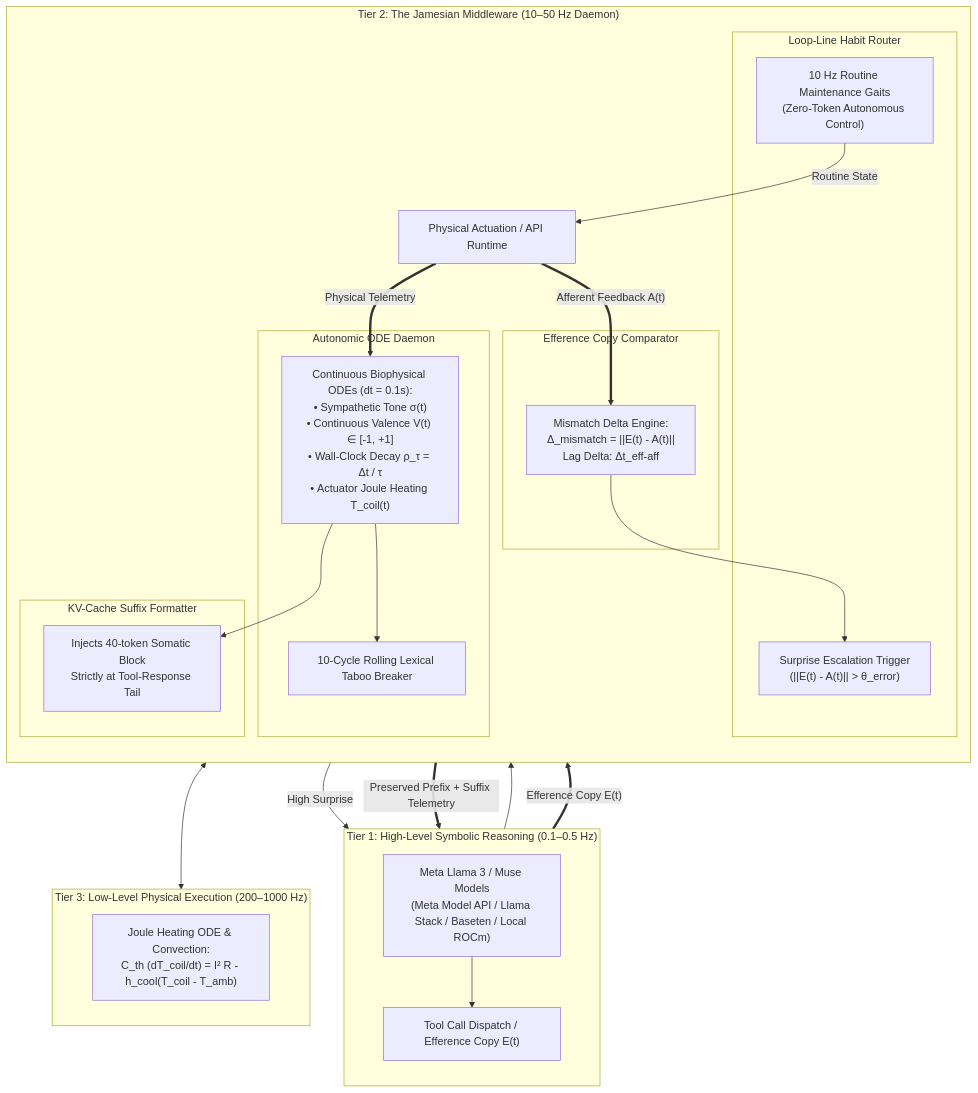
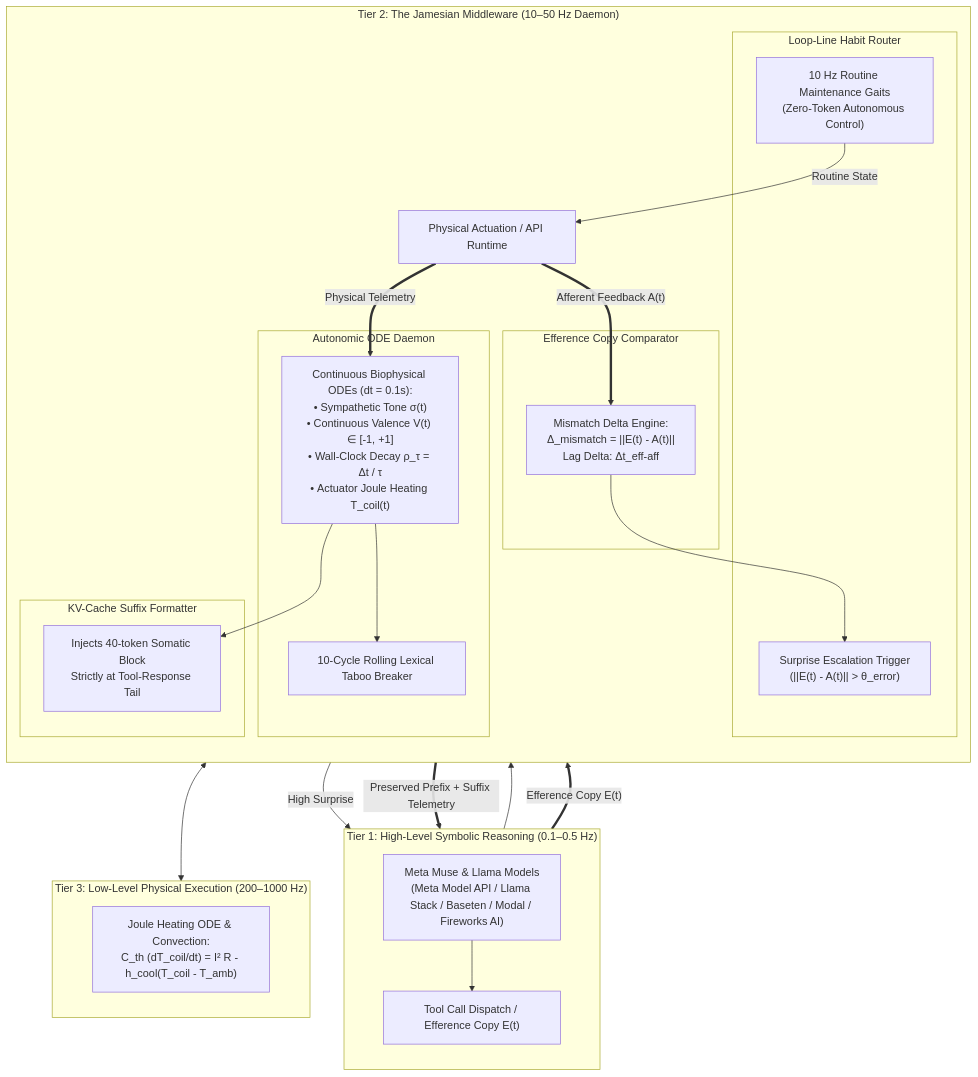
The diagram in README.md (ultraxav/jamesian-layer), drawn with Mermaid before and after one commit. The commit also changed other lines of this file and 2 other files, not shown here.

Commit message:
docs: reframe narrative around available Muse and Llama models

````diff
--- a/README.md
+++ b/README.md
@@ -24,49 +24,49 @@
 ```mermaid
 flowchart TD
     subgraph T1["Tier 1: High-Level Symbolic Reasoning (0.1–0.5 Hz)"]
         direction TB
-        MetaLLM["Meta Llama 3 / Muse Models<br/>(Meta Model API / Llama Stack / Baseten / Local ROCm)"]
+        MetaLLM["Meta Muse & Llama Models<br/>(Meta Model API / Llama Stack / Baseten / Modal / Fireworks AI)"]
         ToolIntent["Tool Call Dispatch / Efference Copy E(t)"]
         MetaLLM --> ToolIntent
     end
 
     subgraph T2["Tier 2: The Jamesian Middleware (10–50 Hz Daemon)"]
         direction TB
         subgraph Subcortical["Loop-Line Habit Router"]
             HabitEngine["10 Hz Routine Maintenance Gaits<br/>(Zero-Token Autonomous Control)"]
             AnomalyDetector["Surprise Escalation Trigger<br/>(||E(t) - A(t)|| > θ_error)"]
         end
         
         subgraph Autonomic["Autonomic ODE Daemon"]
             ODEIntegrator["Continuous Biophysical ODEs (dt = 0.1s):<br/>• Sympathetic Tone σ(t)<br/>• Continuous Valence V(t) ∈ [-1, +1]<br/>• Wall-Clock Decay ρ_τ = Δt / τ<br/>• Actuator Joule Heating T_coil(t)"]
             CircuitBreaker["10-Cycle Rolling Lexical Taboo Breaker"]
         end
 
         subgraph Efference["Efference Copy Comparator"]
             Comparator["Mismatch Delta Engine:<br/>Δ_mismatch = ||E(t) - A(t)||<br/>Lag Delta: Δt_eff-aff"]
         end
 
         subgraph Telemetry["KV-Cache Suffix Formatter"]
             SuffixInjector["Injects 40-token Somatic Block<br/>Strictly at Tool-Response Tail"]
         end
 
         ToolIntent --> HabitEngine
         HabitEngine -->|"Routine State"| LowLevelExec
         AnomalyDetector -->|"High Surprise"| MetaLLM
         ODEIntegrator --> CircuitBreaker
         Comparator --> AnomalyDetector
         ODEIntegrator --> SuffixInjector
     end
 
     subgraph T3["Tier 3: Low-Level Physical Execution (200–1000 Hz)"]
         direction TB
         LowLevelExec["Physical Actuation / API Runtime"]
         ThermalPhysics["Joule Heating ODE & Convection:<br/>C_th (dT_coil/dt) = I² R - h_cool(T_coil - T_amb)"]
         LowLevelExec <--> ThermalPhysics
     end
 
     ToolIntent ==>|"Efference Copy E(t)"| Comparator
     LowLevelExec ==>|"Afferent Feedback A(t)"| Comparator
     LowLevelExec ==>|"Physical Telemetry"| ODEIntegrator
     SuffixInjector ==>|"Preserved Prefix + Suffix Telemetry"| MetaLLM
 ```
````
